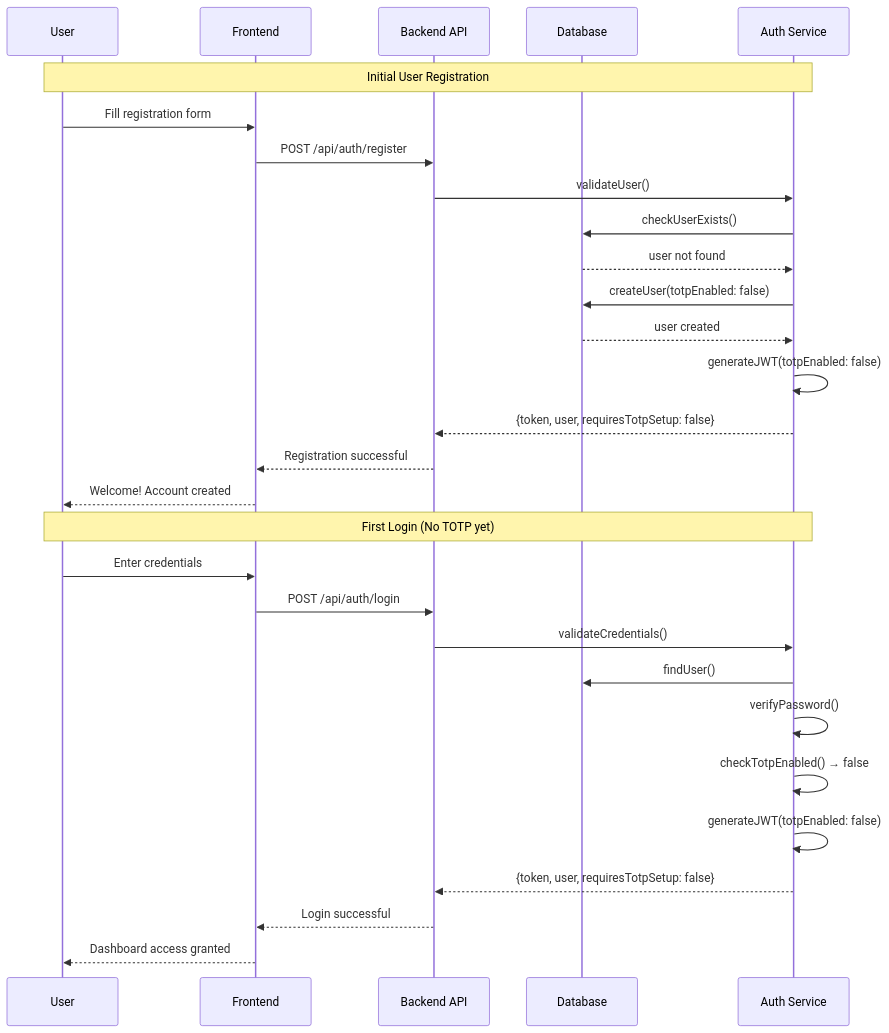
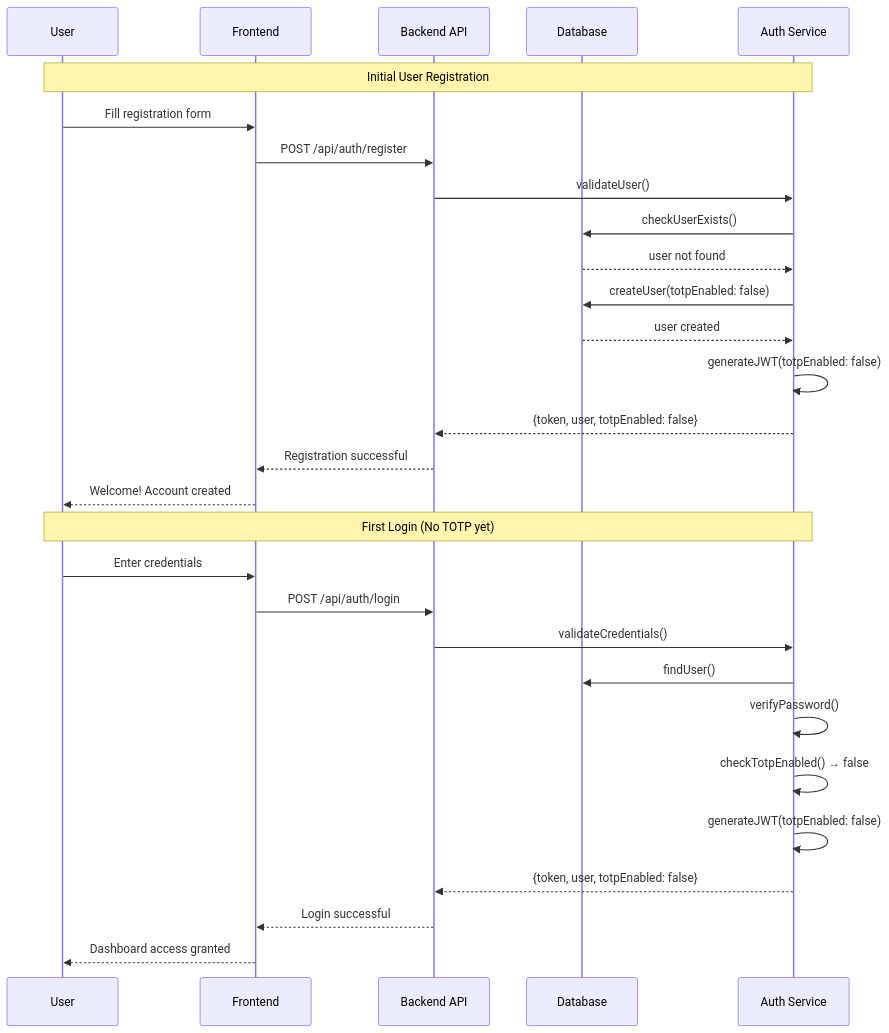
The first of 5 diagrams in docs/TOTP-Enterprise-Flow.md (caseythecoder90/backend-study-app), drawn with Mermaid before and after one commit. The commit also changed other lines of this file and 6 other files, not shown here.

````diff
--- a/docs/TOTP-Enterprise-Flow.md
+++ b/docs/TOTP-Enterprise-Flow.md
@@ -7,33 +7,33 @@
 ```mermaid
 sequenceDiagram
     participant U as User
     participant UI as Frontend
     participant API as Backend API
     participant DB as Database
     participant Auth as Auth Service
 
     Note over U,Auth: Initial User Registration
     U->>UI: Fill registration form
     UI->>API: POST /api/auth/register
     API->>Auth: validateUser()
     Auth->>DB: checkUserExists()
     DB-->>Auth: user not found
     Auth->>DB: createUser(totpEnabled: false)
     DB-->>Auth: user created
     Auth->>Auth: generateJWT(totpEnabled: false)
-    Auth-->>API: {token, user, requiresTotpSetup: false}
+    Auth-->>API: {token, user, totpEnabled: false}
     API-->>UI: Registration successful
     UI-->>U: Welcome! Account created
 
     Note over U,Auth: First Login (No TOTP yet)
     U->>UI: Enter credentials
     UI->>API: POST /api/auth/login
     API->>Auth: validateCredentials()
     Auth->>DB: findUser()
     Auth->>Auth: verifyPassword()
     Auth->>Auth: checkTotpEnabled() → false
     Auth->>Auth: generateJWT(totpEnabled: false)
-    Auth-->>API: {token, user, requiresTotpSetup: false}
+    Auth-->>API: {token, user, totpEnabled: false}
     API-->>UI: Login successful
     UI-->>U: Dashboard access granted
 ```
````
